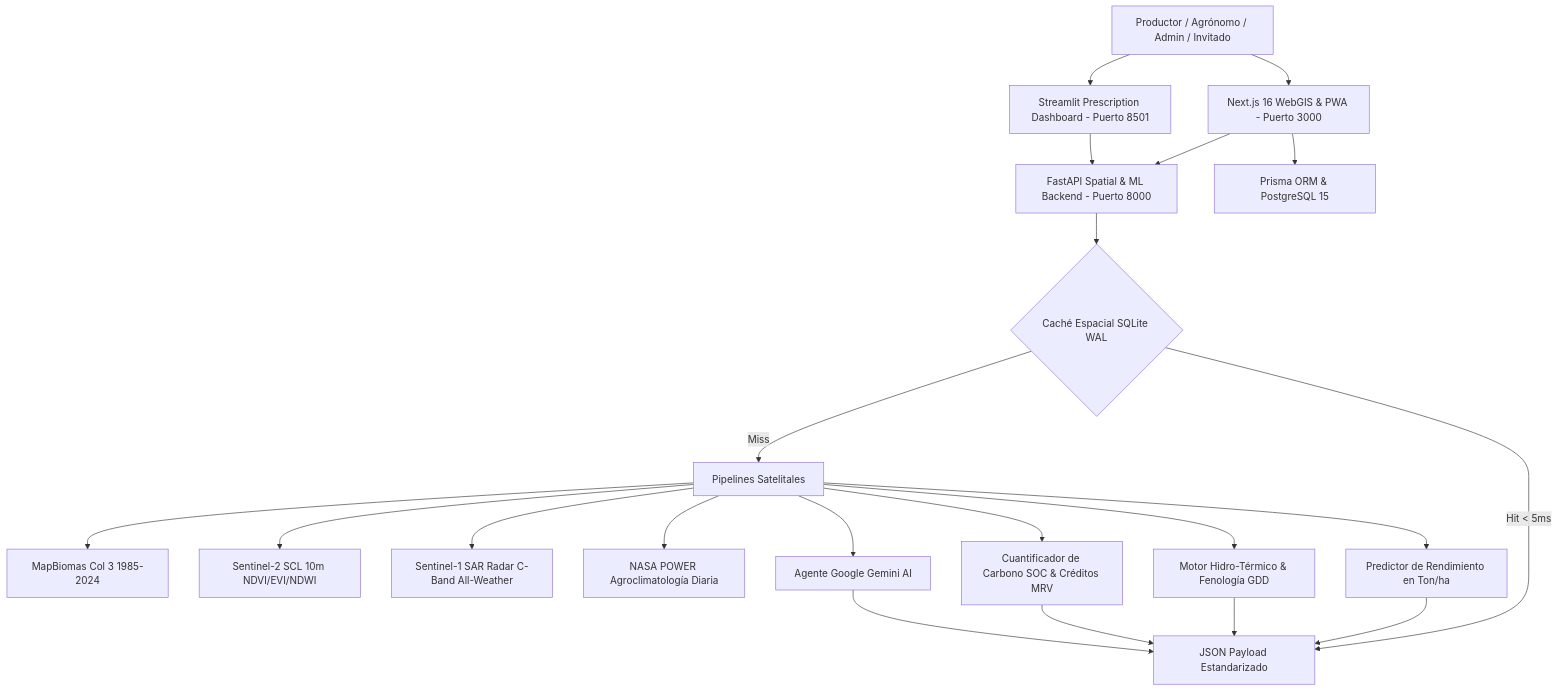
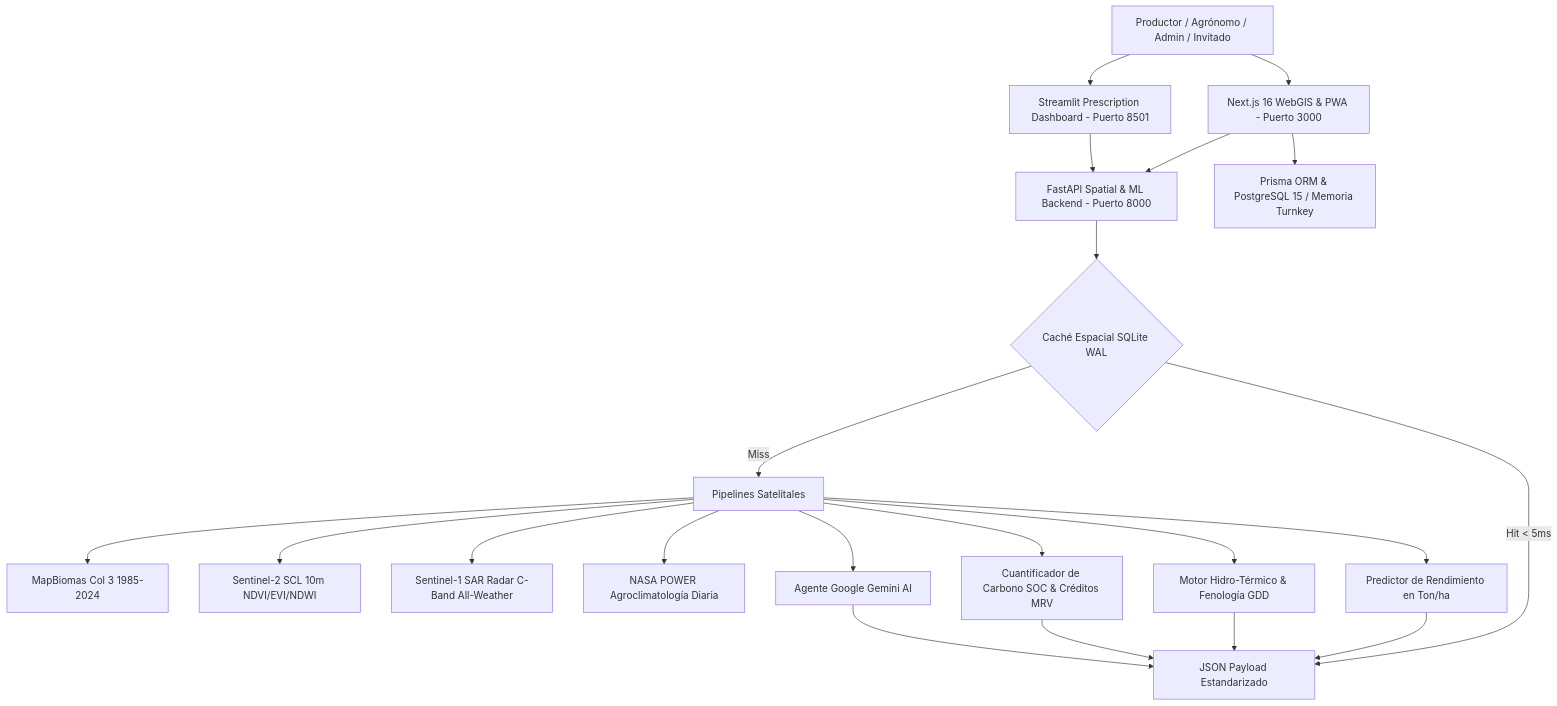
Before and after one commit to frankSousa23/agrotech-venezuela: the diagram in README.md, drawn with Mermaid. The commit also changed other lines of this file and 23 other files, not shown here.

Commit message:
feat(release): turnkey public launch synchronization (179 tests, voice dictation headers, official award PDFs, automated postinstall prisma)

````diff
--- a/README.md
+++ b/README.md
@@ -36,29 +38,29 @@
 ```mermaid
 graph TD
   User[Productor / Agrónomo / Admin / Invitado] --> Web[Next.js 16 WebGIS & PWA - Puerto 3000]
   User --> Dash[Streamlit Prescription Dashboard - Puerto 8501]
   
   Web --> FastApi[FastAPI Spatial & ML Backend - Puerto 8000]
   Dash --> FastApi
   
   FastApi --> Cache{Caché Espacial SQLite WAL}
   Cache -->|Hit < 5ms| Response[JSON Payload Estandarizado]
   Cache -->|Miss| Ingestion[Pipelines Satelitales]
   
   Ingestion --> GEE[MapBiomas Col 3 1985-2024]
   Ingestion --> S2[Sentinel-2 SCL 10m NDVI/EVI/NDWI]
   Ingestion --> S1[Sentinel-1 SAR Radar C-Band All-Weather]
   Ingestion --> NASA[NASA POWER Agroclimatología Diaria]
   
   Ingestion --> ML[Predictor de Rendimiento en Ton/ha]
   Ingestion --> GDD[Motor Hidro-Térmico & Fenología GDD]
   Ingestion --> MRV[Cuantificador de Carbono SOC & Créditos MRV]
   Ingestion --> Gemini[Agente Google Gemini AI]
   
   ML --> Response
   GDD --> Response
   MRV --> Response
   Gemini --> Response
   
-  Web --> Prisma[Prisma ORM & PostgreSQL 15]
+  Web --> Prisma[Prisma ORM & PostgreSQL 15 / Memoria Turnkey]
 ```
````
